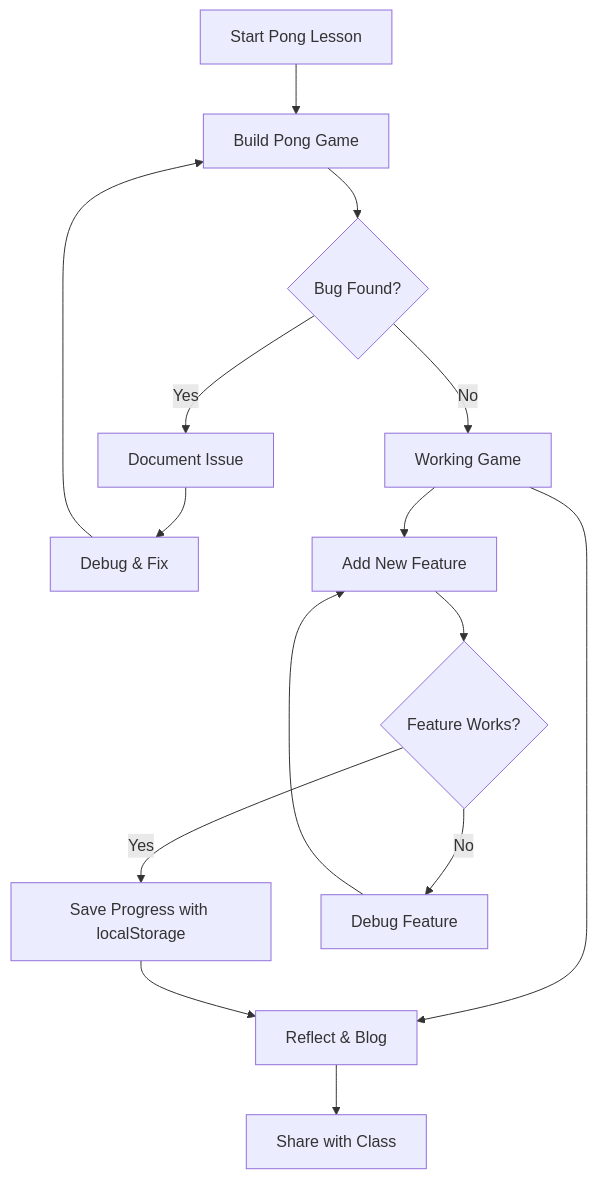
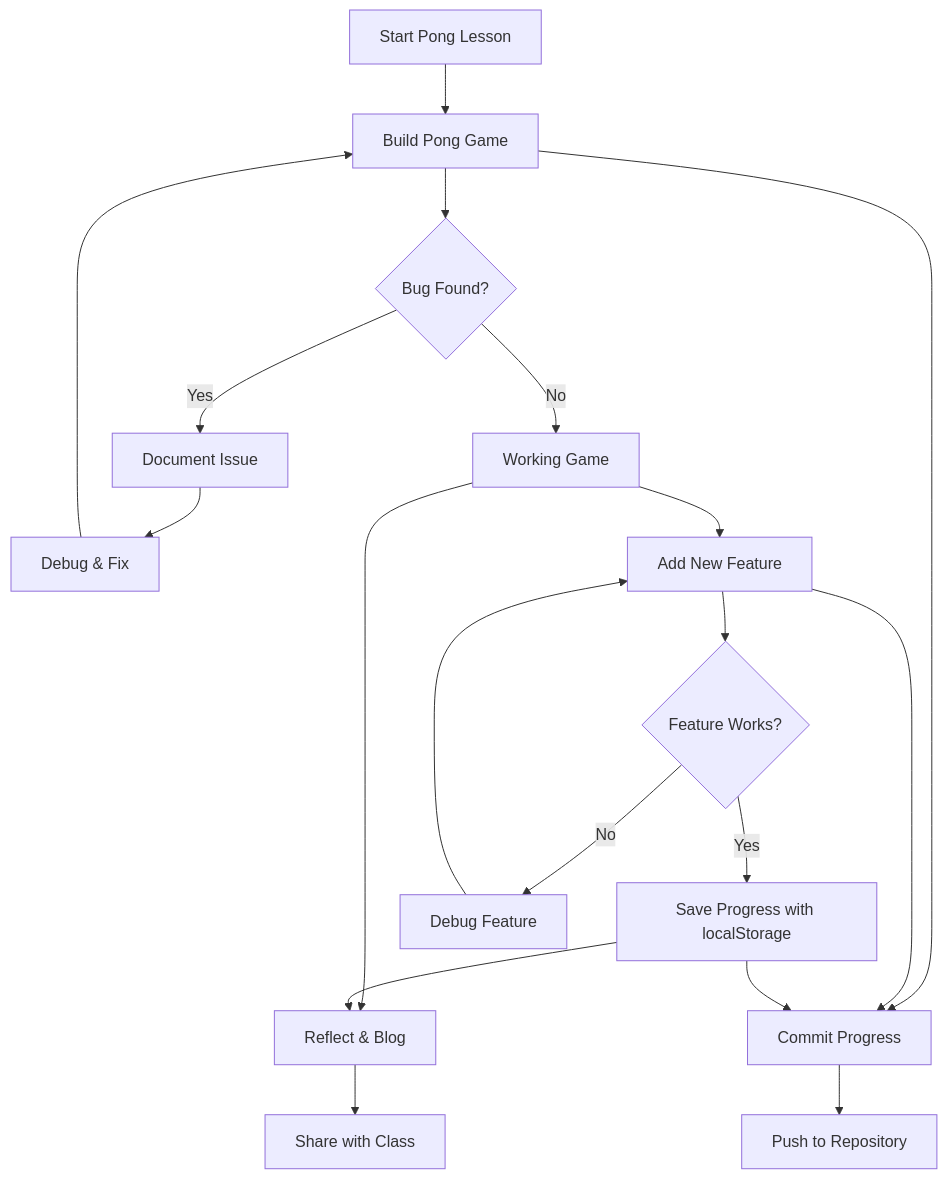
Before and after one commit to whitelunarium/pages_fork: the diagram in hacks/pong/2025-09-03-P0lesson.md, drawn with Mermaid. The commit also changed other lines of this file, not shown here.

Commit message:
Update Pong lesson with streamlined VS Code commit instructions - detailed steps for Commit #1, simple reminders for subsequent commits

```diff
--- a/hacks/pong/2025-09-03-P0lesson.md
+++ b/hacks/pong/2025-09-03-P0lesson.md
@@ -141,17 +269,21 @@
   <div class="mermaid">
 flowchart TD
     A[Start Pong Lesson] --> B[Build Pong Game]
     B --> C{Bug Found?}
     C -->|Yes| D[Document Issue]
     D --> E[Debug & Fix]
     E --> B
     C -->|No| F[Working Game]
     F --> G[Reflect & Blog]
     G --> H[Share with Class]
     F --> I[Add New Feature]
     I --> J{Feature Works?}
     J -->|Yes| K[Save Progress with localStorage]
     J -->|No| L[Debug Feature]
     L --> I
     K --> G
+    B --> M[Commit Progress]
+    I --> M
+    K --> M
+    M --> N[Push to Repository]
   </div>
```
